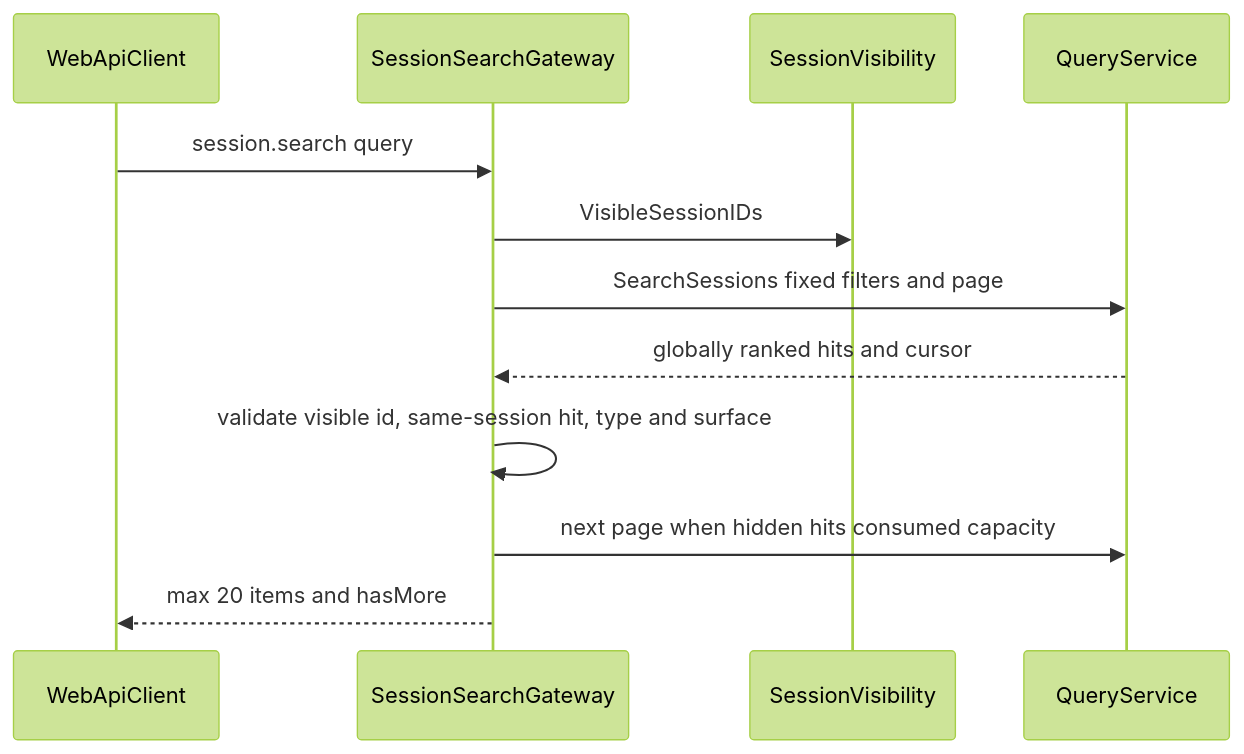
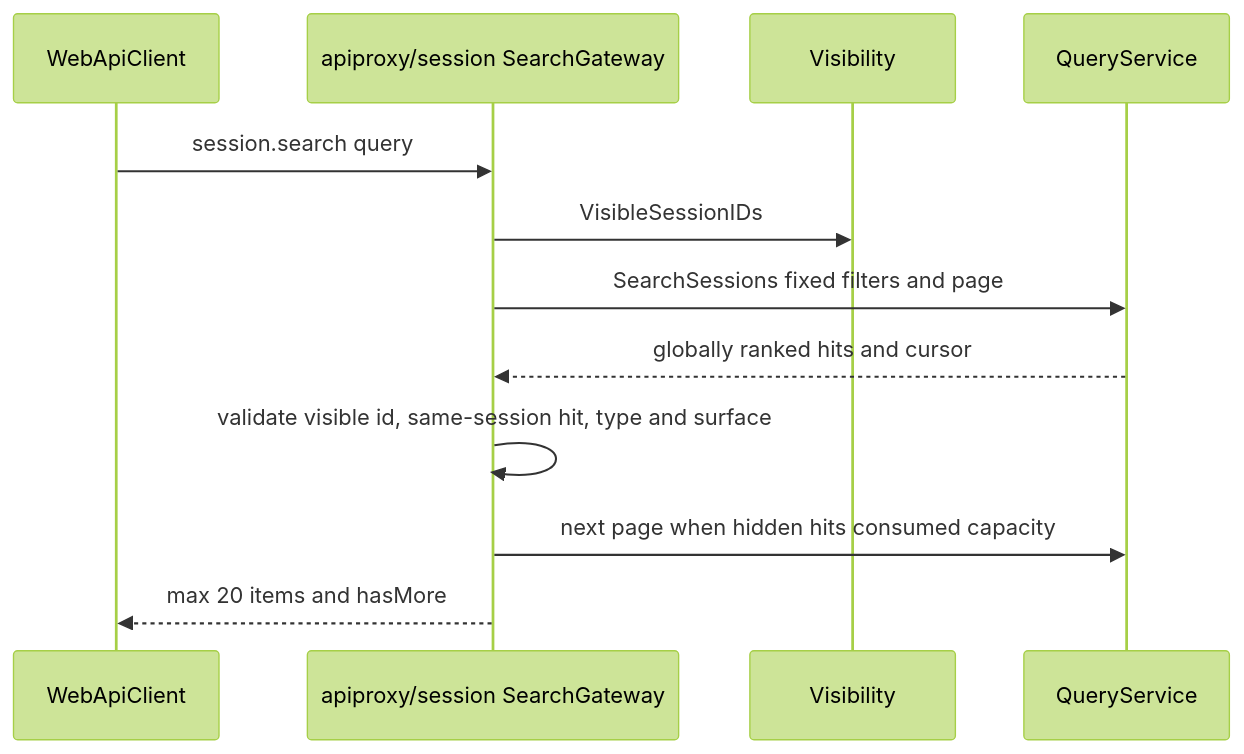
The third of 3 diagrams in zh-CN/23-session-query-and-search.md (gorenx/goren), drawn with Mermaid (forest theme) before and after one commit. The commit also changed other lines of this file and 10 other files, not shown here.

Commit message:
docs(apiproxy): document session ownership split

````diff
--- a/zh-CN/23-session-query-and-search.md
+++ b/zh-CN/23-session-query-and-search.md
@@ -138,14 +138,14 @@
 ```mermaid
 sequenceDiagram
     participant W as WebApiClient
-    participant G as SessionSearchGateway
-    participant V as SessionVisibility
+    participant G as apiproxy/session SearchGateway
+    participant V as Visibility
     participant Q as QueryService
     W->>G: session.search query
     G->>V: VisibleSessionIDs
     G->>Q: SearchSessions fixed filters and page
     Q-->>G: globally ranked hits and cursor
     G->>G: validate visible id, same-session hit, type and surface
     G->>Q: next page when hidden hits consumed capacity
     G-->>W: max 20 items and hasMore
 ```
````
